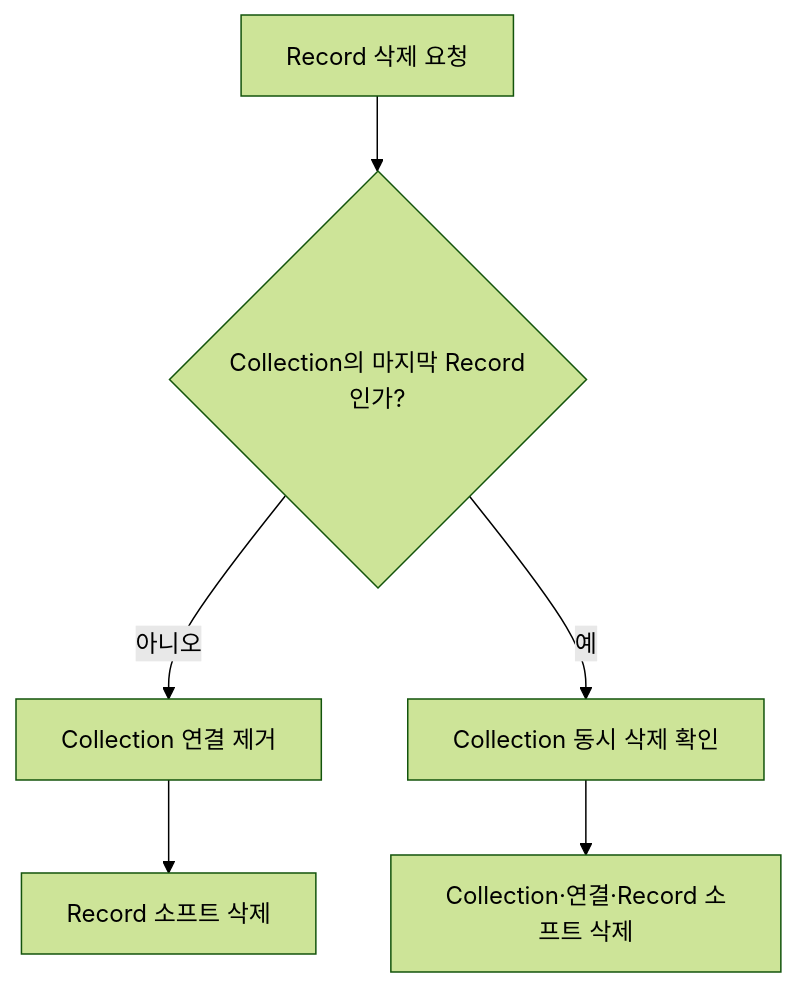
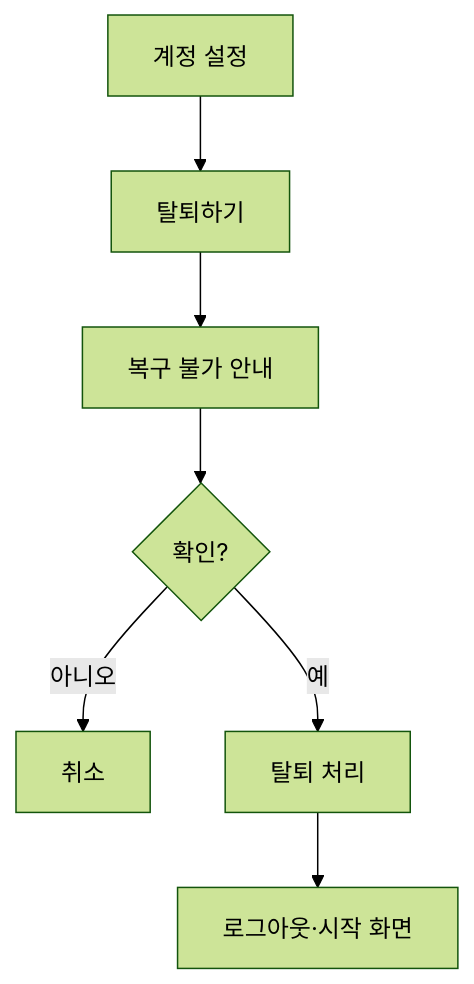
Before and after one commit to Team-PinLog/docs: diagram 12 of 12 in static/09_유저플로우.md, drawn with Mermaid (forest theme). The commit also changed other lines of this file and 10 other files, not shown here.

````diff
--- a/static/09_유저플로우.md
+++ b/static/09_유저플로우.md
@@ -97,8 +262,9 @@
 ```mermaid
 flowchart TD
-    A[Record 삭제 요청] --> B{Collection의 마지막 Record인가?}
-    B -- 아니오 --> C[Collection 연결 제거]
-    C --> D[Record 소프트 삭제]
-    B -- 예 --> E[Collection 동시 삭제 확인]
-    E --> F[Collection·연결·Record 소프트 삭제]
+    A[계정 설정] --> B[탈퇴하기]
+    B --> C[복구 불가 안내]
+    C --> D{확인?}
+    D -- 아니오 --> E[취소]
+    D -- 예 --> F[탈퇴 처리]
+    F --> G[로그아웃·시작 화면]
 ```
````
